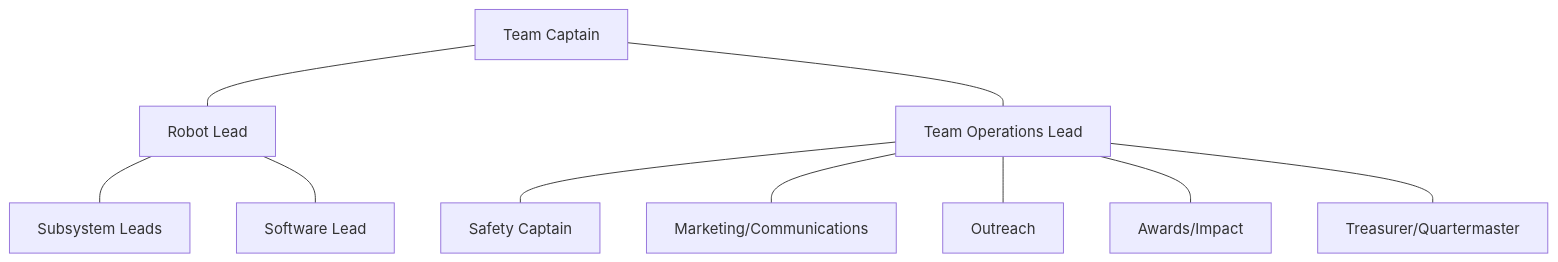
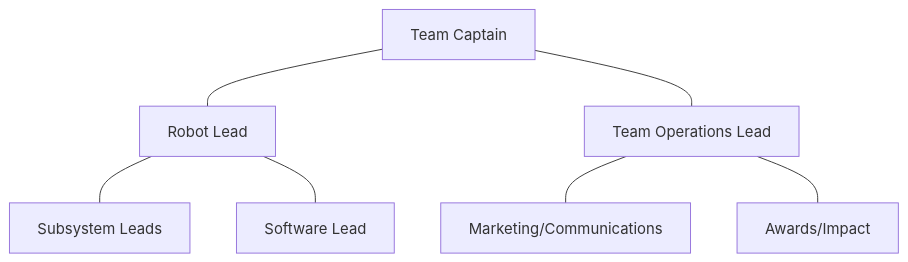
One commit to TechplexEngineer/bionics-docs changed the diagram in content/background/the-team/team-roles/_index.md. Above: the diagram before and after it, drawn with Mermaid. The commit also changed other lines of this file, not shown here.

Commit message:
Update Pages “background/the-team/team-roles/_index”

```diff
--- a/content/background/the-team/team-roles/_index.md
+++ b/content/background/the-team/team-roles/_index.md
@@ -8,16 +9,13 @@
 {{< mermaid >}}
 graph TD
     TEAM[Team Captain]
 
     TEAM --- RL["Robot Lead"]
     RL   --- BL[Subsystem Leads]
     RL   --- SWL[Software Lead]
 
     TEAM  --- TOL[Team Operations Lead]
-    TOL   --- SAFETY[Safety Captain]
     TOL   --- COMM[Marketing/Communications]
-    TOL   --- COMMUNITY[Outreach]
     TOL   --- Awards[Awards/Impact]
-    TOL   --- MONEY[Treasurer/Quartermaster]
 
 {{< /mermaid >}}
```
